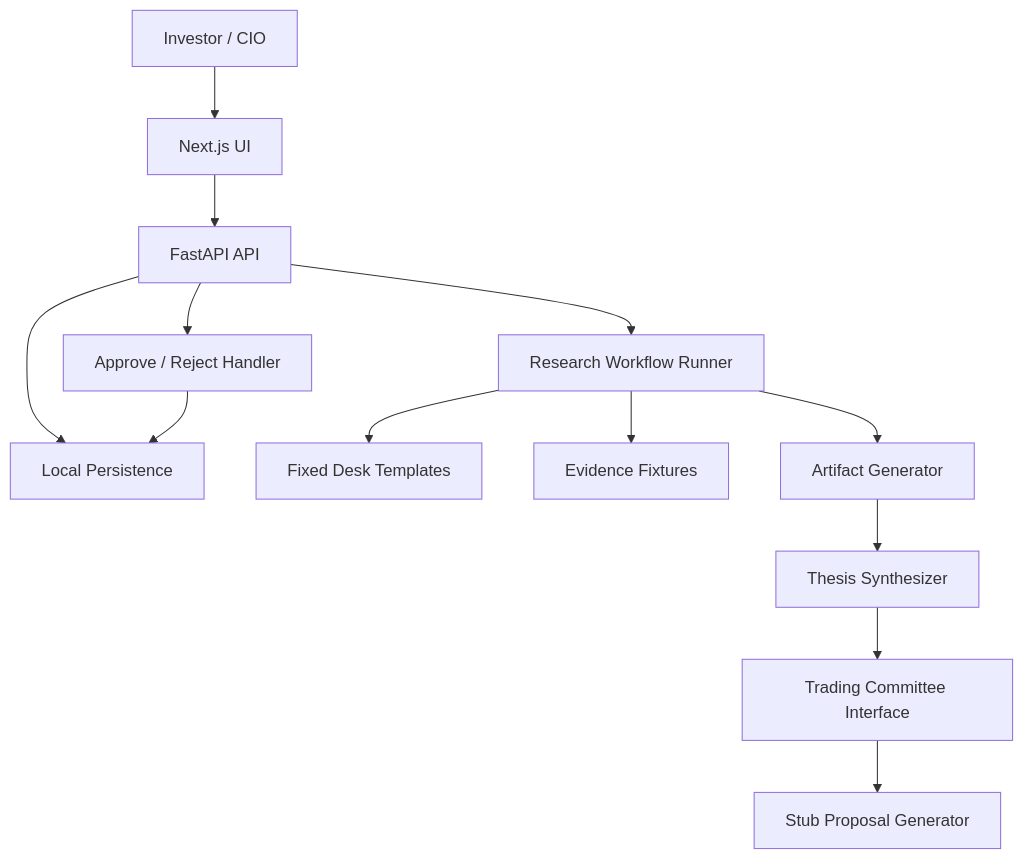
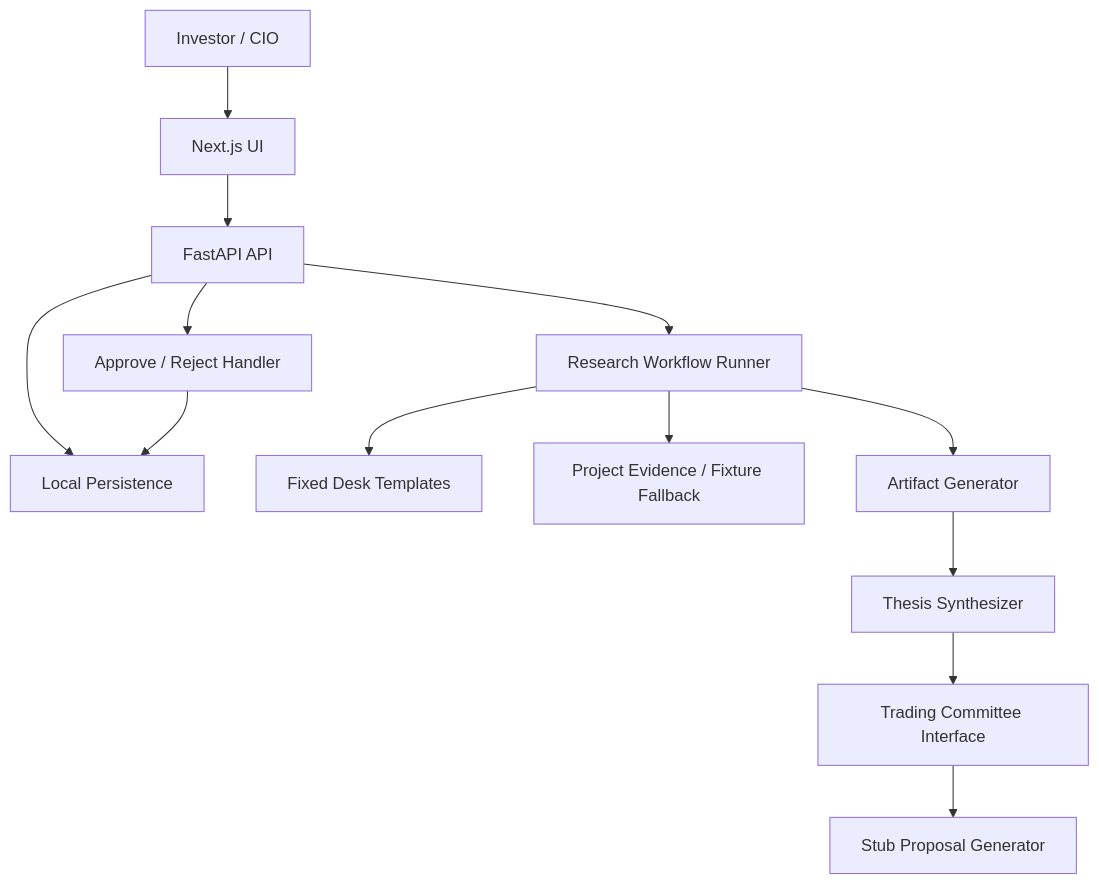
One commit to PuChenTW/Sigma changed the diagram in docs/architecture.md. Above: the diagram before and after it, drawn with Mermaid. The commit also changed other lines of this file and 20 other files, not shown here.

````diff
--- a/docs/architecture.md
+++ b/docs/architecture.md
@@ -45,15 +45,15 @@
 ```mermaid
 flowchart TD
   User["Investor / CIO"] --> Web["Next.js UI"]
   Web --> API["FastAPI API"]
   API --> Store["Local Persistence"]
   API --> Runner["Research Workflow Runner"]
   Runner --> Planner["Fixed Desk Templates"]
-  Runner --> Evidence["Evidence Fixtures"]
+  Runner --> Evidence["Project Evidence / Fixture Fallback"]
   Runner --> Artifacts["Artifact Generator"]
   Artifacts --> Thesis["Thesis Synthesizer"]
   Thesis --> Committee["Trading Committee Interface"]
   Committee --> Proposal["Stub Proposal Generator"]
   API --> Decision["Approve / Reject Handler"]
   Decision --> Store
 ```
````
